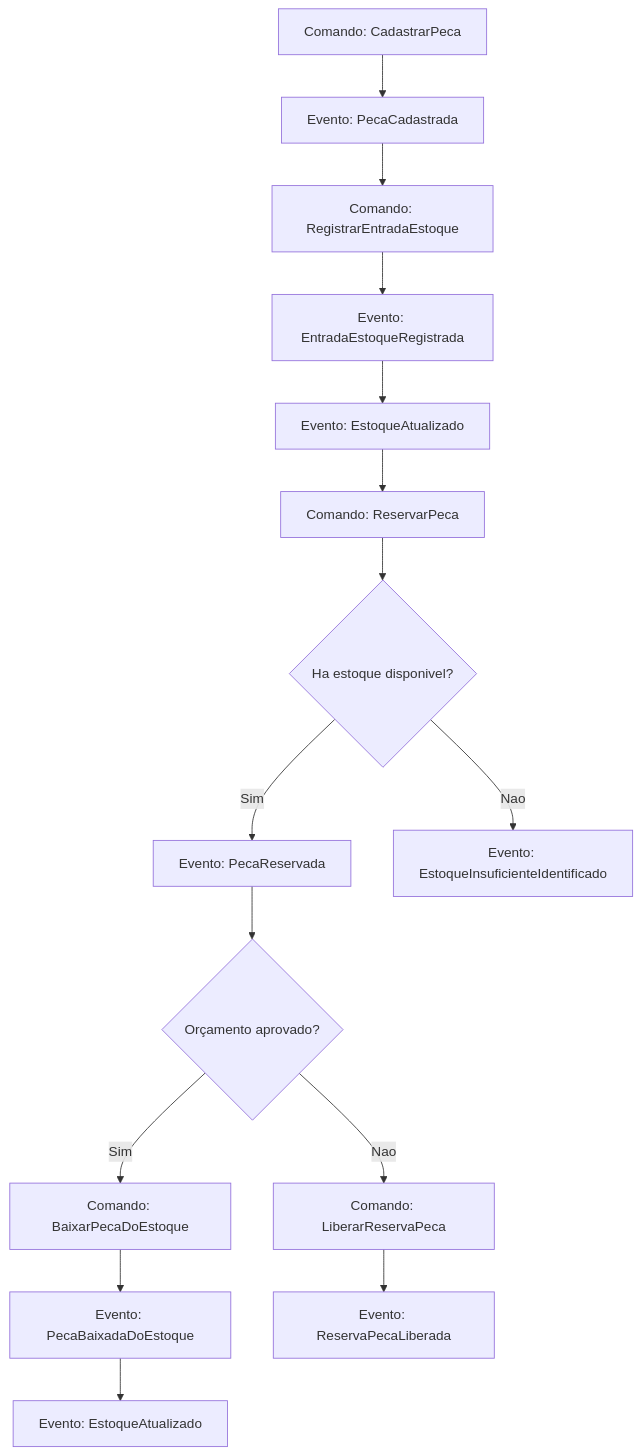
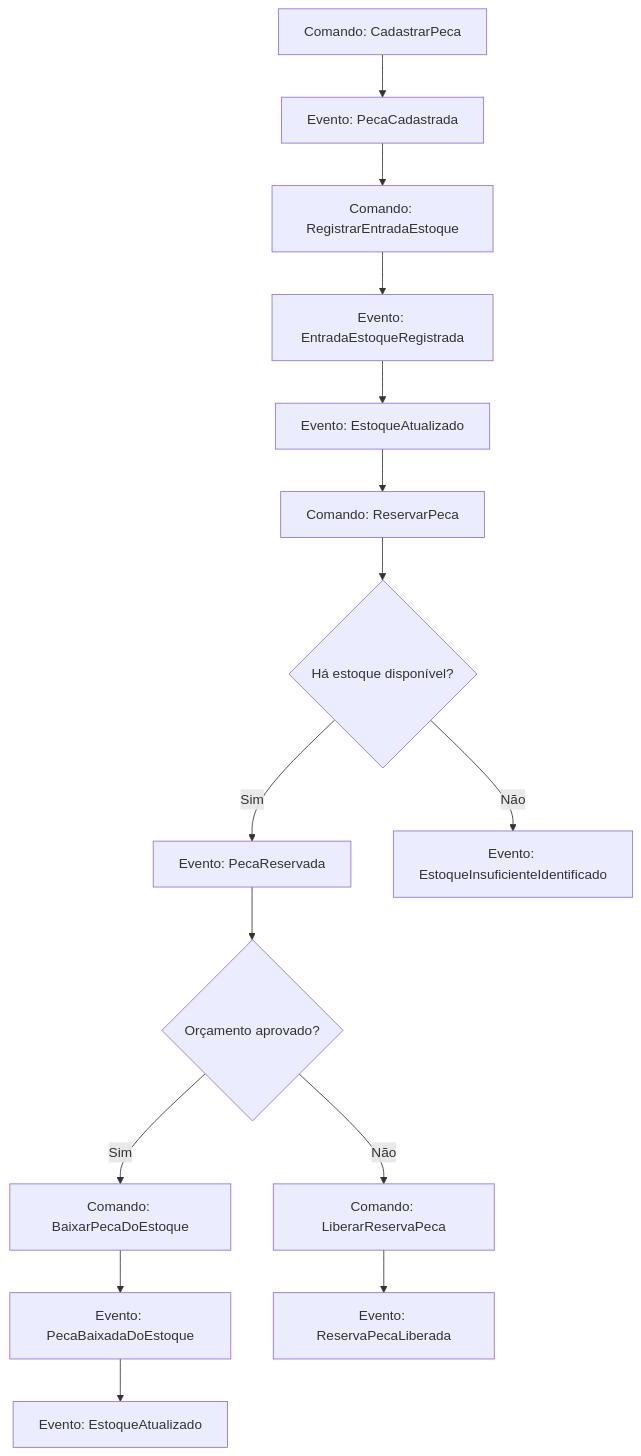
The second of 3 diagrams in docs/ddd/event-storming-auto-care-hub.md (yxsbx/SOAT-FIAP), drawn with Mermaid before and after one commit. The commit also changed other lines of this file and 45 other files, not shown here.

````diff
--- a/docs/ddd/event-storming-auto-care-hub.md
+++ b/docs/ddd/event-storming-auto-care-hub.md
@@ -269,17 +268,17 @@
 ```mermaid
 flowchart TD
     C1["Comando: CadastrarPeca"] --> E1["Evento: PecaCadastrada"]
     E1 --> C2["Comando: RegistrarEntradaEstoque"]
     C2 --> E2["Evento: EntradaEstoqueRegistrada"]
     E2 --> E3["Evento: EstoqueAtualizado"]
     E3 --> C3["Comando: ReservarPeca"]
-    C3 --> P1{Ha estoque disponivel?}
+    C3 --> P1{Há estoque disponível?}
     P1 -- Sim --> E4["Evento: PecaReservada"]
-    P1 -- Nao --> E5["Evento: EstoqueInsuficienteIdentificado"]
+    P1 -- "Não" --> E5["Evento: EstoqueInsuficienteIdentificado"]
     E4 --> P2{Orçamento aprovado?}
     P2 -- Sim --> C4["Comando: BaixarPecaDoEstoque"]
     C4 --> E6["Evento: PecaBaixadaDoEstoque"]
     E6 --> E7["Evento: EstoqueAtualizado"]
-    P2 -- Nao --> C5["Comando: LiberarReservaPeca"]
+    P2 -- "Não" --> C5["Comando: LiberarReservaPeca"]
     C5 --> E8["Evento: ReservaPecaLiberada"]
 ```
````
